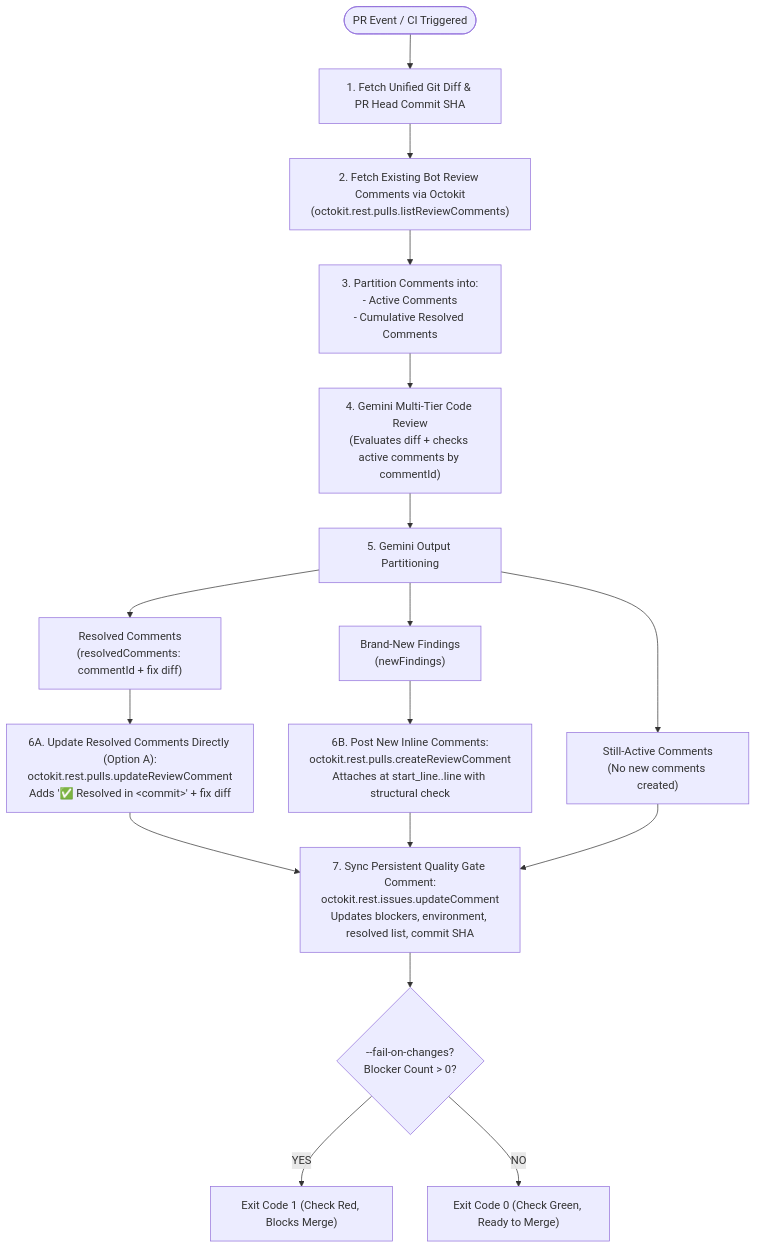
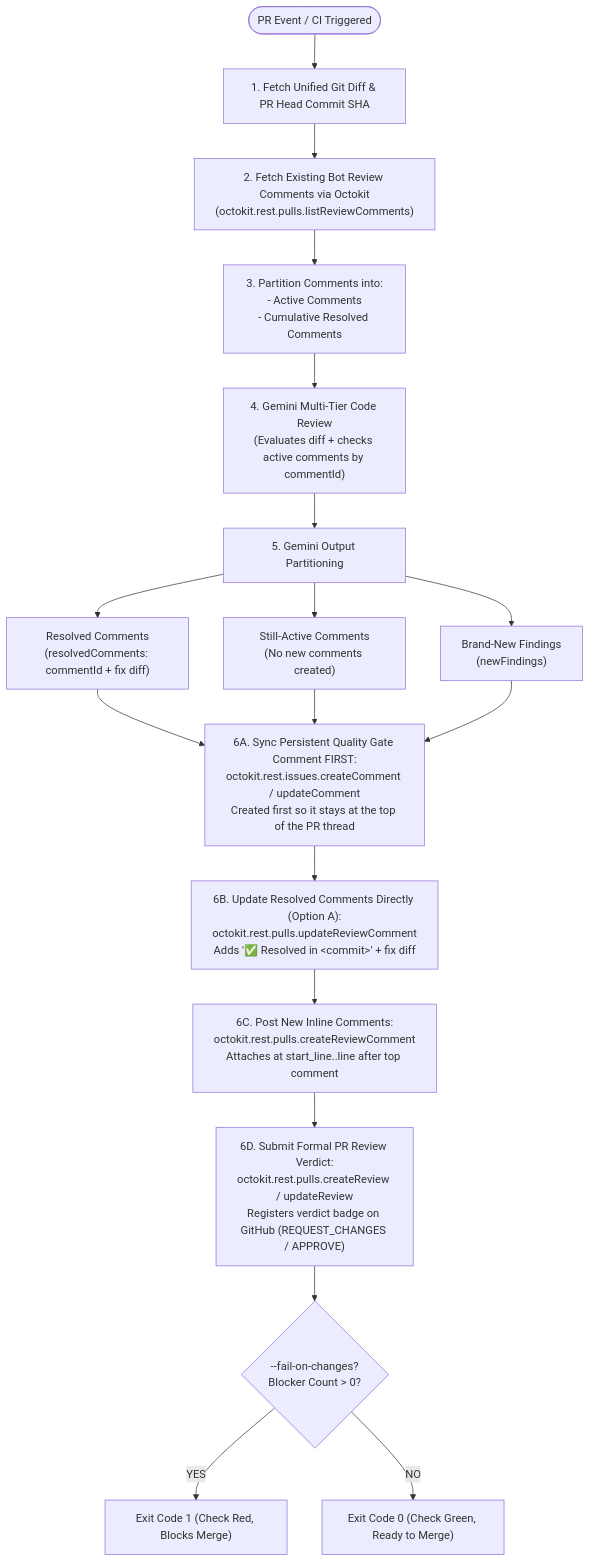
One commit to RohitKeshavala/PR_Review_Bot changed the diagram in PR_REVIEW_FLOW_GUIDE.md. Above: the diagram before and after it, drawn with Mermaid. The commit also changed other lines of this file and 3 other files, not shown here.

Commit message:
Fix: verdict  implemented and top comment at the start

````diff
--- a/PR_REVIEW_FLOW_GUIDE.md
+++ b/PR_REVIEW_FLOW_GUIDE.md
@@ -32,23 +32,24 @@
 ```mermaid
 flowchart TD
     Start(["PR Event / CI Triggered"]) --> FetchDiff["1. Fetch Unified Git Diff & PR Head Commit SHA"]
     FetchDiff --> FetchComments["2. Fetch Existing Bot Review Comments via Octokit<br/>(octokit.rest.pulls.listReviewComments)"]
     FetchComments --> PartitionComments["3. Partition Comments into:<br/>- Active Comments<br/>- Cumulative Resolved Comments"]
     PartitionComments --> GeminiReview["4. Gemini Multi-Tier Code Review<br/>(Evaluates diff + checks active comments by commentId)"]
     
     GeminiReview --> PartitionOutput["5. Gemini Output Partitioning"]
     PartitionOutput --> ResolvedList["Resolved Comments<br/>(resolvedComments: commentId + fix diff)"]
     PartitionOutput --> StillActiveList["Still-Active Comments<br/>(No new comments created)"]
     PartitionOutput --> BrandNewFindings["Brand-New Findings<br/>(newFindings)"]
     
-    ResolvedList --> UpdateInline["6A. Update Resolved Comments Directly (Option A):<br/>octokit.rest.pulls.updateReviewComment<br/>Adds '✅ Resolved in &lt;commit&gt;' + fix diff"]
-    BrandNewFindings --> PostNewInline["6B. Post New Inline Comments:<br/>octokit.rest.pulls.createReviewComment<br/>Attaches at start_line..line with structural check"]
+    ResolvedList --> SyncQualityGate["6A. Sync Persistent Quality Gate Comment FIRST:<br/>octokit.rest.issues.createComment / updateComment<br/>Created first so it stays at the top of the PR thread"]
+    StillActiveList --> SyncQualityGate
+    BrandNewFindings --> SyncQualityGate
+
+    SyncQualityGate --> UpdateInline["6B. Update Resolved Comments Directly (Option A):<br/>octokit.rest.pulls.updateReviewComment<br/>Adds '✅ Resolved in &lt;commit&gt;' + fix diff"]
+    UpdateInline --> PostNewInline["6C. Post New Inline Comments:<br/>octokit.rest.pulls.createReviewComment<br/>Attaches at start_line..line after top comment"]
+    PostNewInline --> SubmitVerdict["6D. Submit Formal PR Review Verdict:<br/>octokit.rest.pulls.createReview / updateReview<br/>Registers verdict badge on GitHub (REQUEST_CHANGES / APPROVE)"]
     
-    UpdateInline --> SyncQualityGate["7. Sync Persistent Quality Gate Comment:<br/>octokit.rest.issues.updateComment<br/>Updates blockers, environment, resolved list, commit SHA"]
-    PostNewInline --> SyncQualityGate
-    StillActiveList --> SyncQualityGate
-    
-    SyncQualityGate --> GateCheck{"--fail-on-changes?<br/>Blocker Count > 0?"}
+    SubmitVerdict --> GateCheck{"--fail-on-changes?<br/>Blocker Count > 0?"}
     GateCheck -- "YES" --> FailCI["Exit Code 1 (Check Red, Blocks Merge)"]
     GateCheck -- "NO" --> PassCI["Exit Code 0 (Check Green, Ready to Merge)"]
 ```
````
